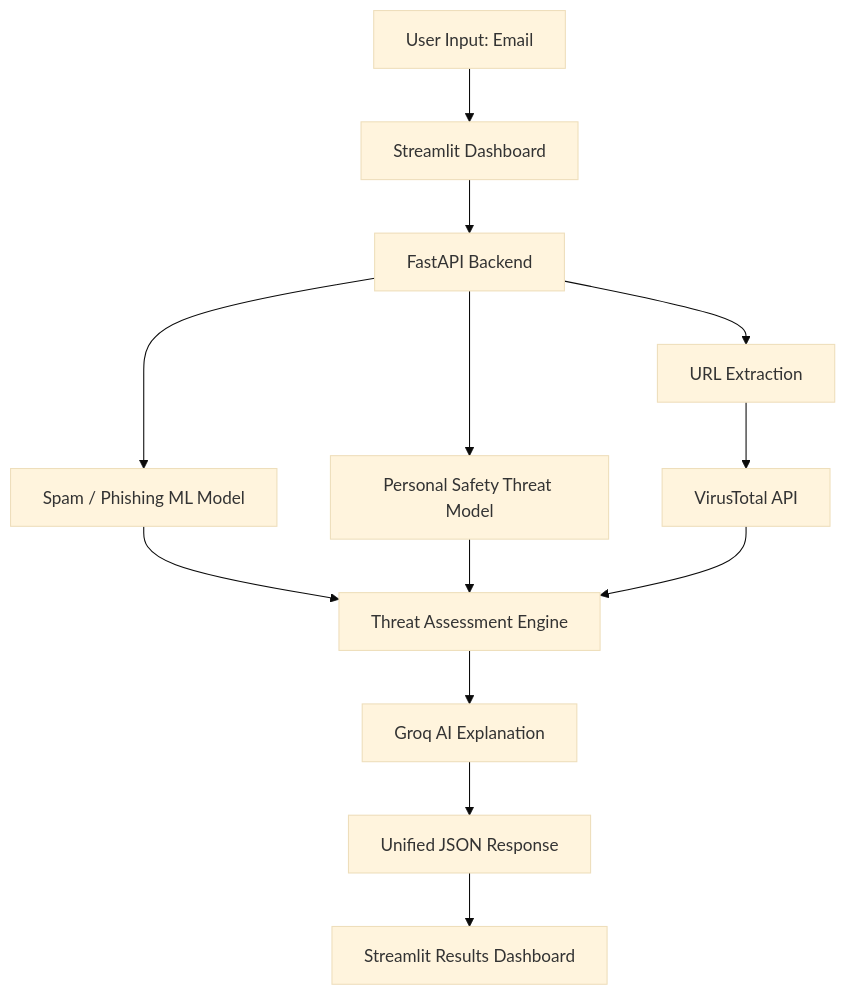
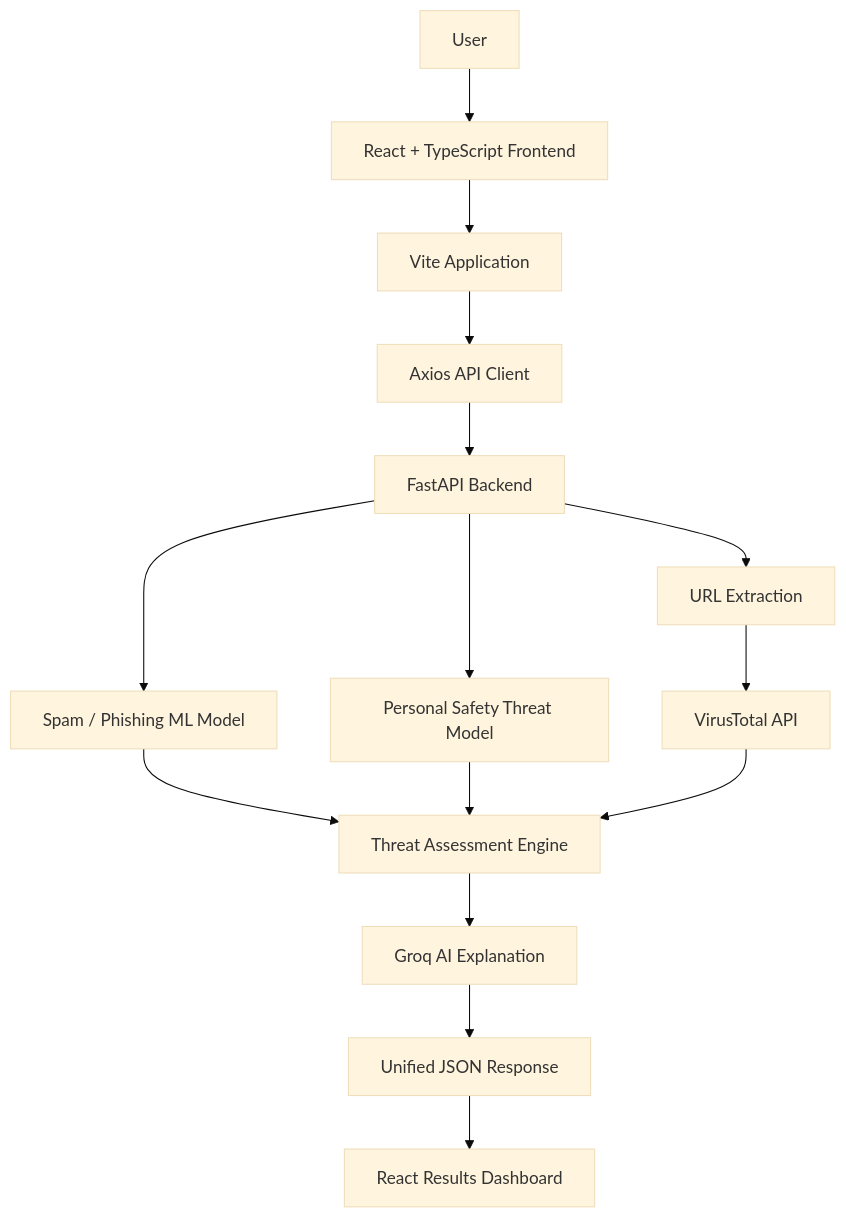
One commit to KunalVerma12/SpamThreatDetect.ai changed the diagram in readme.md. Above: the diagram before and after it, drawn with Mermaid (base theme). The commit also changed other lines of this file, not shown here.

````diff
--- a/readme.md
+++ b/readme.md
@@ -146,19 +169,24 @@
 ```mermaid
 flowchart TD
-    A["User Input: Email"] --> B["Streamlit Dashboard"]
-    B --> C["FastAPI Backend"]
+    A["User"] --> B["React + TypeScript Frontend"]
 
-    C --> D["Spam / Phishing ML Model"]
-    C --> E["Personal Safety Threat Model"]
-    C --> F["URL Extraction"]
+    B --> C["Vite Application"]
+    C --> D["Axios API Client"]
 
-    F --> G["VirusTotal API"]
+    D --> E["FastAPI Backend"]
 
-    D --> H["Threat Assessment Engine"]
-    E --> H
-    G --> H
+    E --> F["Spam / Phishing ML Model"]
+    E --> G["Personal Safety Threat Model"]
+    E --> H["URL Extraction"]
 
-    H --> I["Groq AI Explanation"]
-    I --> J["Unified JSON Response"]
-    J --> K["Streamlit Results Dashboard"]
+    H --> I["VirusTotal API"]
+
+    F --> J["Threat Assessment Engine"]
+    G --> J
+    I --> J
+
+    J --> K["Groq AI Explanation"]
+
+    K --> L["Unified JSON Response"]
+    L --> M["React Results Dashboard"]
 ```
````
